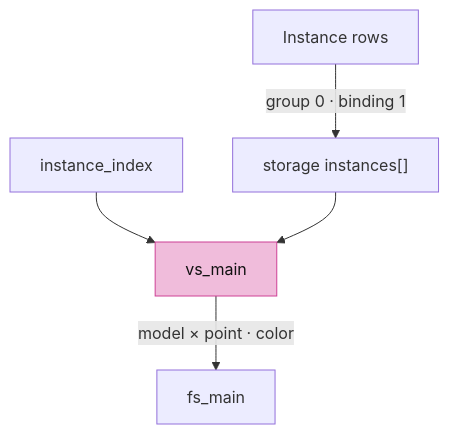
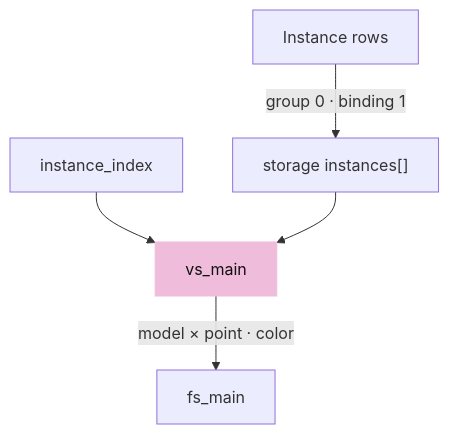
Before and after one commit to petrasvestartas/session: the fifth of 6 diagrams in session_viewer/docs/03-identity.md, drawn with Mermaid. The commit also changed other lines of this file and 324 other files, not shown here.

````diff
--- a/session_viewer/docs/03-identity.md
+++ b/session_viewer/docs/03-identity.md
@@ -107,8 +117,8 @@
 ```mermaid
 flowchart TB
     I["Instance rows"] -- "group 0 · binding 1" --> B["storage instances[]"]
     R["instance_index"] --> V["vs_main"]
     B --> V
     V -- "model × point · color" --> F["fs_main"]
-    style V fill:#f0bcdb,stroke:#ce4095,color:#111
+    style V fill:#f0bcdb,stroke:#f0bcdb,color:#111
 ```
````
